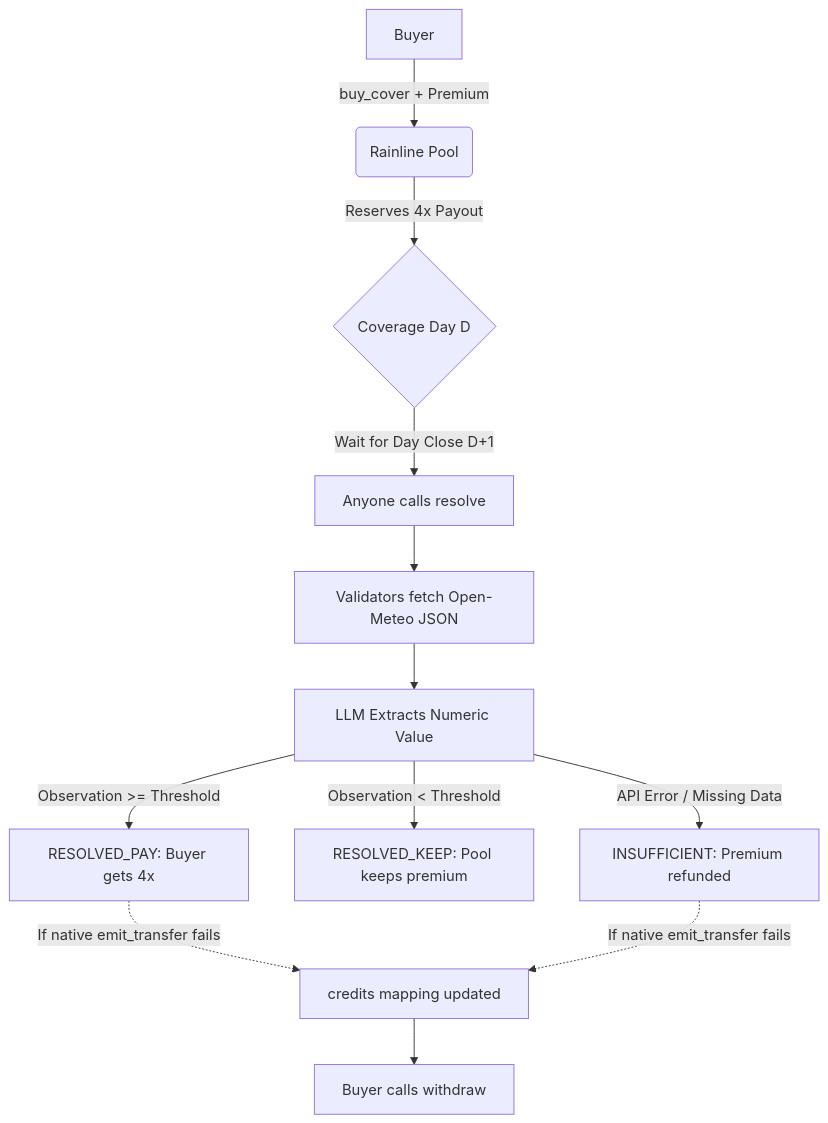
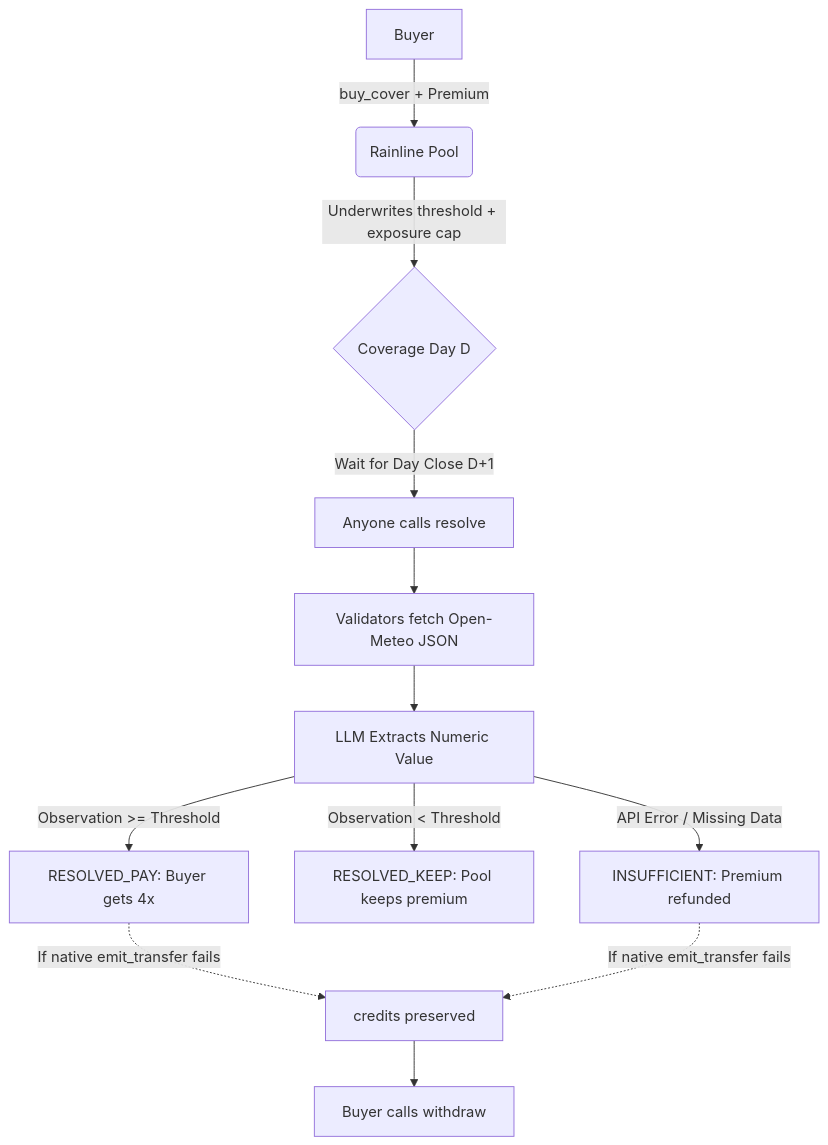
The diagram in README.md (edwarderlick/rainline), drawn with Mermaid before and after one commit. The commit also changed other lines of this file and 18 other files, not shown here.

````diff
--- a/README.md
+++ b/README.md
@@ -20,15 +20,15 @@
 ```mermaid
 graph TD
     A[Buyer] -->|buy_cover + Premium| B(Rainline Pool)
-    B -->|Reserves 4x Payout| C{Coverage Day D}
+    B -->|Underwrites threshold + exposure cap| C{Coverage Day D}
     C -->|Wait for Day Close D+1| D[Anyone calls resolve]
     D --> E[Validators fetch Open-Meteo JSON]
     E --> F[LLM Extracts Numeric Value]
     F -->|Observation >= Threshold| G[RESOLVED_PAY: Buyer gets 4x]
     F -->|Observation < Threshold| H[RESOLVED_KEEP: Pool keeps premium]
     F -->|API Error / Missing Data| I[INSUFFICIENT: Premium refunded]
     
-    G -.->|If native emit_transfer fails| J[credits mapping updated]
+    G -.->|If native emit_transfer fails| J[credits preserved]
     I -.->|If native emit_transfer fails| J
     J --> K[Buyer calls withdraw]
 ```
````
